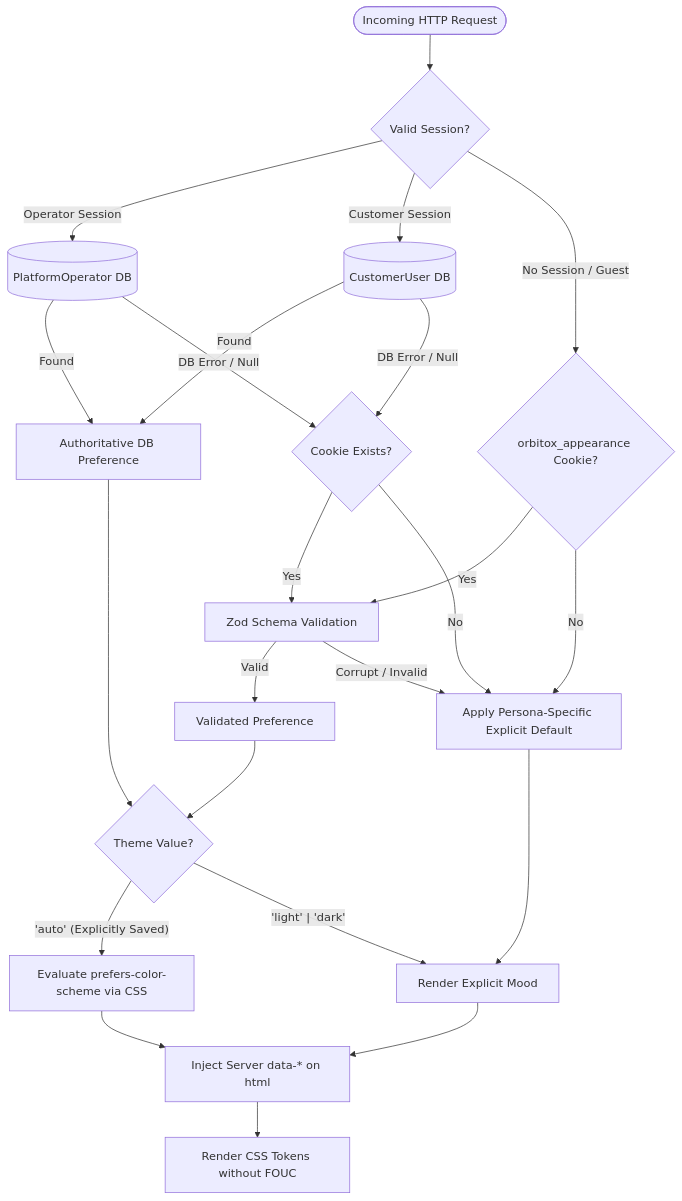
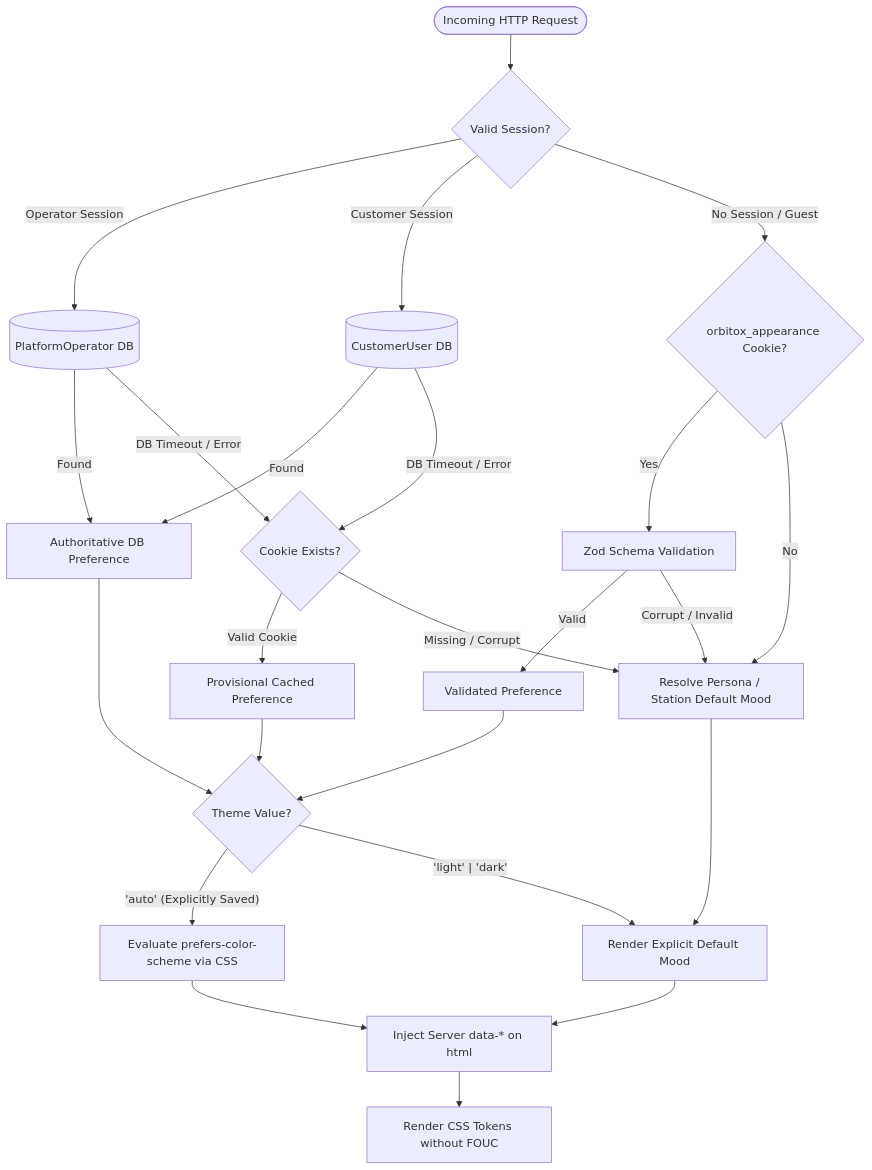
The diagram in docs/ui-reset/phase-7b2/02_TOKEN_AND_THEME_OWNERSHIP.md (Nikhil-ig/OrbitoX-Platform), drawn with Mermaid before and after one commit. The commit also changed other lines of this file and 6 other files, not shown here.

Commit message:
docs(7B.2): finalize Stage 0 architecture specifications across dock context, persona resolver, and contrast governance

````diff
--- a/docs/ui-reset/phase-7b2/02_TOKEN_AND_THEME_OWNERSHIP.md
+++ b/docs/ui-reset/phase-7b2/02_TOKEN_AND_THEME_OWNERSHIP.md
@@ -34,34 +34,35 @@
 ```mermaid
 flowchart TD
-    Req([Incoming HTTP Request]) --> AuthCheck{Valid Session?}
+    Req([Incoming HTTP Request]) --> SessionCheck{Valid Session?}
     
-    AuthCheck -- Operator Session --> DBOp[(PlatformOperator DB)]
-    AuthCheck -- Customer Session --> DBCust[(CustomerUser DB)]
-    AuthCheck -- No Session / Guest --> CookieCheck{orbitox_appearance Cookie?}
+    SessionCheck -- Operator Session --> DBOp[(PlatformOperator DB)]
+    SessionCheck -- Customer Session --> DBCust[(CustomerUser DB)]
+    SessionCheck -- No Session / Guest --> CookieCheck{orbitox_appearance Cookie?}
     
     DBOp -- Found --> DBPref[Authoritative DB Preference]
-    DBOp -- DB Error / Null --> FallbackFromDB{Cookie Exists?}
+    DBOp -- DB Timeout / Error --> FallbackFromDB{Cookie Exists?}
     DBCust -- Found --> DBPref
-    DBCust -- DB Error / Null --> FallbackFromDB
+    DBCust -- DB Timeout / Error --> FallbackFromDB
     
-    FallbackFromDB -- Yes --> ValidateCookie[Zod Schema Validation]
-    FallbackFromDB -- No --> PersonaDef[Apply Persona-Specific Explicit Default]
+    FallbackFromDB -- Valid Cookie --> ProvPref[Provisional Cached Preference]
+    FallbackFromDB -- Missing / Corrupt --> PersonaDef[Resolve Persona / Station Default Mood]
     
-    CookieCheck -- Yes --> ValidateCookie
+    CookieCheck -- Yes --> ValidateCookie[Zod Schema Validation]
     CookieCheck -- No --> PersonaDef
     
     ValidateCookie -- Valid --> ValidPref[Validated Preference]
     ValidateCookie -- Corrupt / Invalid --> PersonaDef
     
     DBPref --> EvaluateMode{Theme Value?}
+    ProvPref --> EvaluateMode
     ValidPref --> EvaluateMode
-    PersonaDef --> ExplicitRender[Render Explicit Mood]
+    PersonaDef --> ExplicitRender[Render Explicit Default Mood]
     
     EvaluateMode -- 'auto' (Explicitly Saved) --> SystemQuery[Evaluate prefers-color-scheme via CSS]
     EvaluateMode -- 'light' | 'dark' --> ExplicitRender
     
     SystemQuery --> InjectHTML[Inject Server data-* on html]
     ExplicitRender --> InjectHTML
     
     InjectHTML --> Render[Render CSS Tokens without FOUC]
 ```
````
